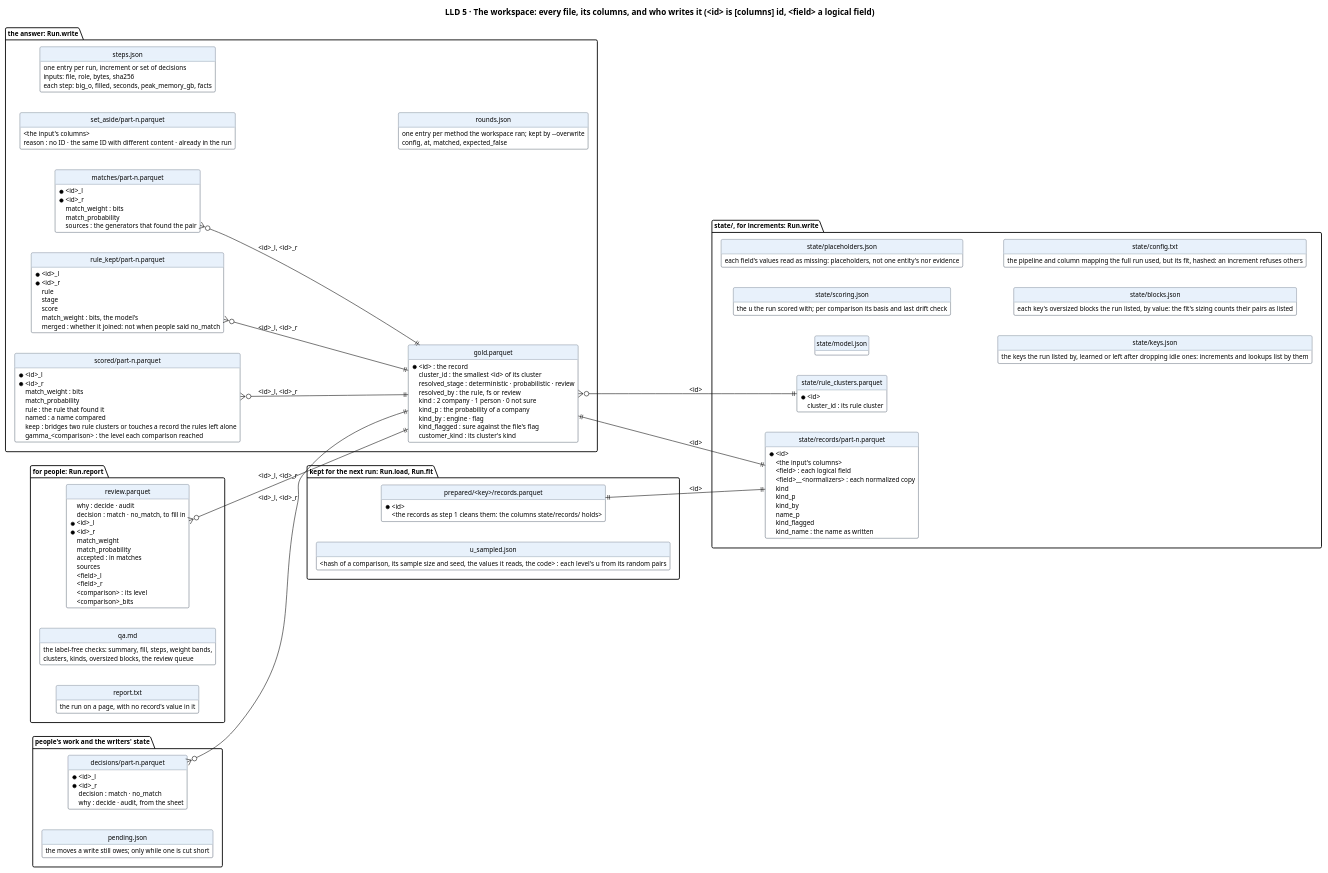
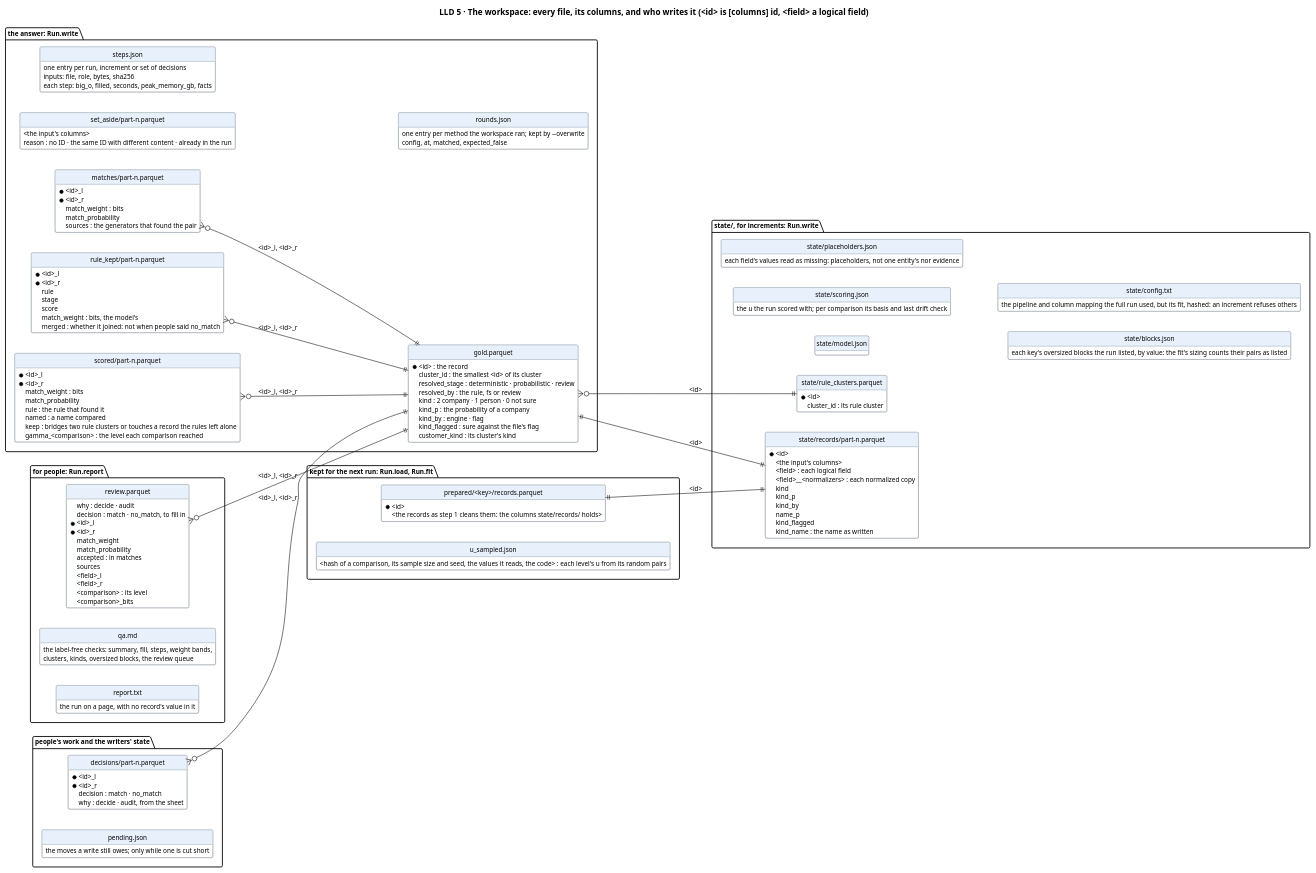
One commit to mvsbm/entity_matching changed the diagram in docs/diagrams/data.puml. Above: the diagram before and after it, drawn with PlantUML. The commit also changed 45 other files, not shown here.

```diff
--- a/docs/diagrams/data.puml
+++ b/docs/diagrams/data.puml
@@ -1,160 +1,157 @@
 @startuml data
 title LLD 5 · The workspace: every file, its columns, and who writes it (<id> is [columns] id, <field> a logical field)
 set namespaceSeparator none
 left to right direction
 hide circle
 hide methods
 skinparam defaultFontSize 11
 skinparam class {
   BackgroundColor #FFFFFF
   BorderColor #65717E
   HeaderBackgroundColor #E8F1FB
 }
 
 package "the answer: Run.write" {
   entity "gold.parquet" as gold {
     * <id> : the record
     cluster_id : the smallest <id> of its cluster
     resolved_stage : deterministic · probabilistic · review
     resolved_by : the rule, fs or review
     kind : 2 company · 1 person · 0 not sure
     kind_p : the probability of a company
     kind_by : engine · flag
     kind_flagged : sure against the file's flag
     customer_kind : its cluster's kind
   }
   entity "matches/part-n.parquet" as matches {
     * <id>_l
     * <id>_r
     match_weight : bits
     match_probability
     sources : the generators that found the pair
   }
   entity "rule_kept/part-n.parquet" as rule_kept {
     * <id>_l
     * <id>_r
     rule
     stage
     score
     match_weight : bits, the model's
     merged : whether it joined: not when people said no_match
   }
   entity "scored/part-n.parquet" as scored {
     * <id>_l
     * <id>_r
     match_weight : bits
     match_probability
     sources : the generators that found the pair (none: a rule alone)
     rule : the rule that found it
     named : a name compared
     keep : bridges two rule clusters or touches a record the rules left alone
     gamma_<comparison> : the level each comparison reached
   }
   entity "set_aside/part-n.parquet" as set_aside {
     <the input's columns>
     reason : no ID · the same ID with different content · already in the run
   }
   entity "steps.json" as steps {
     one entry per run, increment or set of decisions
     inputs: file, role, bytes, sha256
     each step: big_o, filled, seconds, peak_memory_gb, facts
   }
   entity "rounds.json" as rounds {
     one entry per method the workspace ran; kept by --overwrite
     config, at, matched, expected_false
   }
 }
 
 package "state/, for increments: Run.write" {
   entity "state/records/part-n.parquet" as records {
     * <id>
     <the input's columns>
     <field> : each logical field
     <field>__<normalizers> : each normalized copy
     kind
     kind_p
     kind_by
     name_p
     kind_flagged
     kind_name : the name as written
   }
   entity "state/rule_clusters.parquet" as rule_clusters {
     * <id>
     cluster_id : its rule cluster
   }
   entity "state/model.json" as model {
     the model: λ, m and u per level (as Splink 5.0 writes it), the fit's facts
   }
   entity "state/scoring.json" as scoring {
     the u the run scored with; per comparison its basis and last drift check
   }
   entity "state/placeholders.json" as placeholders {
     each field's values read as missing: placeholders, not one entity's nor evidence
   }
-  entity "state/keys.json" as keyfile {
-    the keys the run listed by, learned or left after dropping idle ones: increments and lookups list by them
-  }
   entity "state/blocks.json" as blocks {
     each key's oversized blocks the run listed, by value: the fit's sizing counts their pairs as listed
   }
   entity "state/config.txt" as config {
     the pipeline and column mapping the full run used, but its fit, hashed: an increment refuses others
   }
 }
 
 package "kept for the next run: Run.load, Run.fit" {
   entity "prepared/<key>/records.parquet" as prepared {
     * <id>
     <the records as step 1 cleans them: the columns state/records/ holds>
   }
   entity "u_sampled.json" as usampled {
     <hash of a comparison, its sample size and seed, the values it reads, the code> : each level's u from its random pairs
   }
 }
 
 package "for people: Run.report" {
   entity "review.parquet" as review {
     why : decide · audit
     decision : match · no_match, to fill in
     * <id>_l
     * <id>_r
     match_weight
     match_probability
     accepted : in matches
     sources
     <field>_l
     <field>_r
     <comparison> : its level
     <comparison>_bits
   }
   entity "qa.md" as qa {
     the label-free checks: summary, fill, steps, weight bands,
     clusters, kinds, oversized blocks, the review queue
   }
   entity "report.txt" as report {
     the run on a page, with no record's value in it
   }
 }
 
 package "people's work and the writers' state" {
   entity "decisions/part-n.parquet" as decisions {
     * <id>_l
     * <id>_r
     decision : match · no_match
     why : decide · audit, from the sheet
     round : the round it was decided in (rounds.json)
   }
   entity "pending.json" as pending {
     the moves a write still owes; only while one is cut short
   }
 }
 
 gold }o--|| rule_clusters : <id>
 matches }o--|| gold : <id>_l, <id>_r
 rule_kept }o--|| gold : <id>_l, <id>_r
 scored }o--|| gold : <id>_l, <id>_r
 records ||--|| gold : <id>
 prepared ||--|| records : <id>
 review }o--|| gold : <id>_l, <id>_r
 decisions }o--|| gold : <id>_l, <id>_r
 @enduml
```
